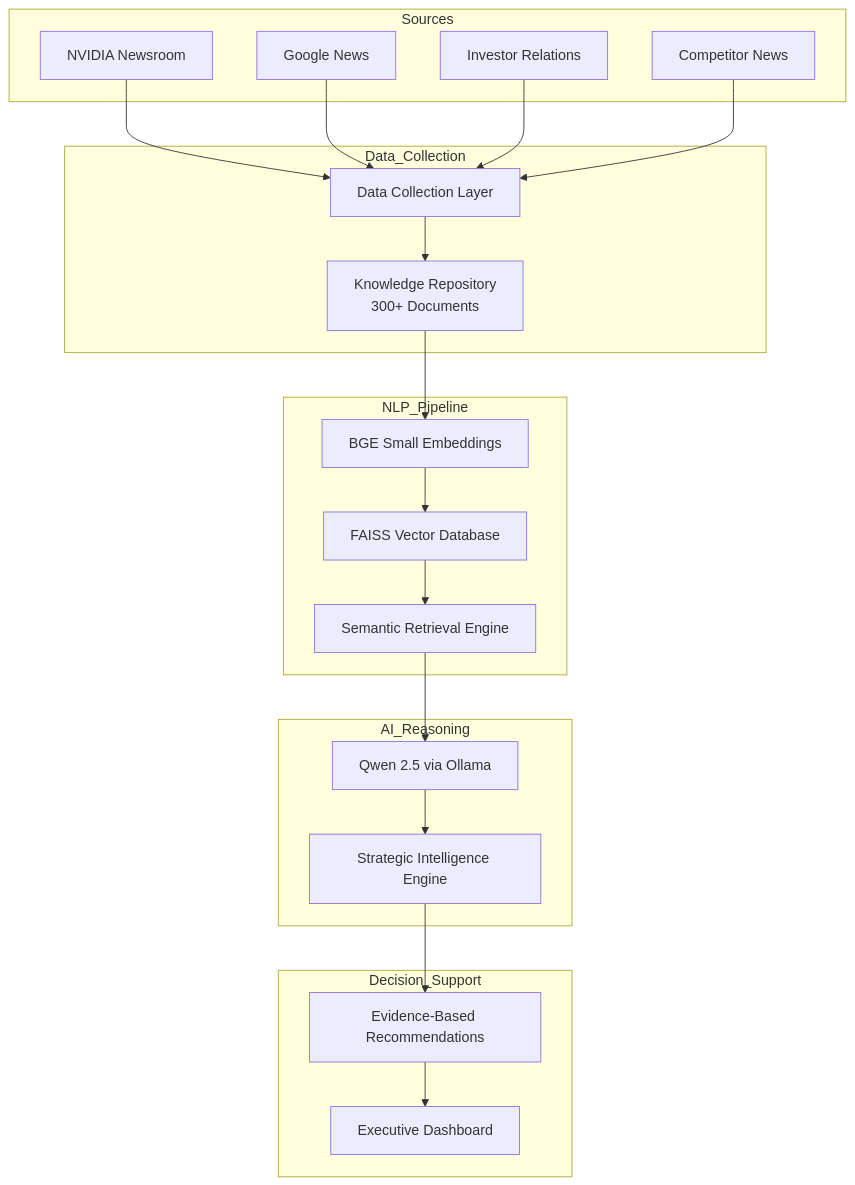
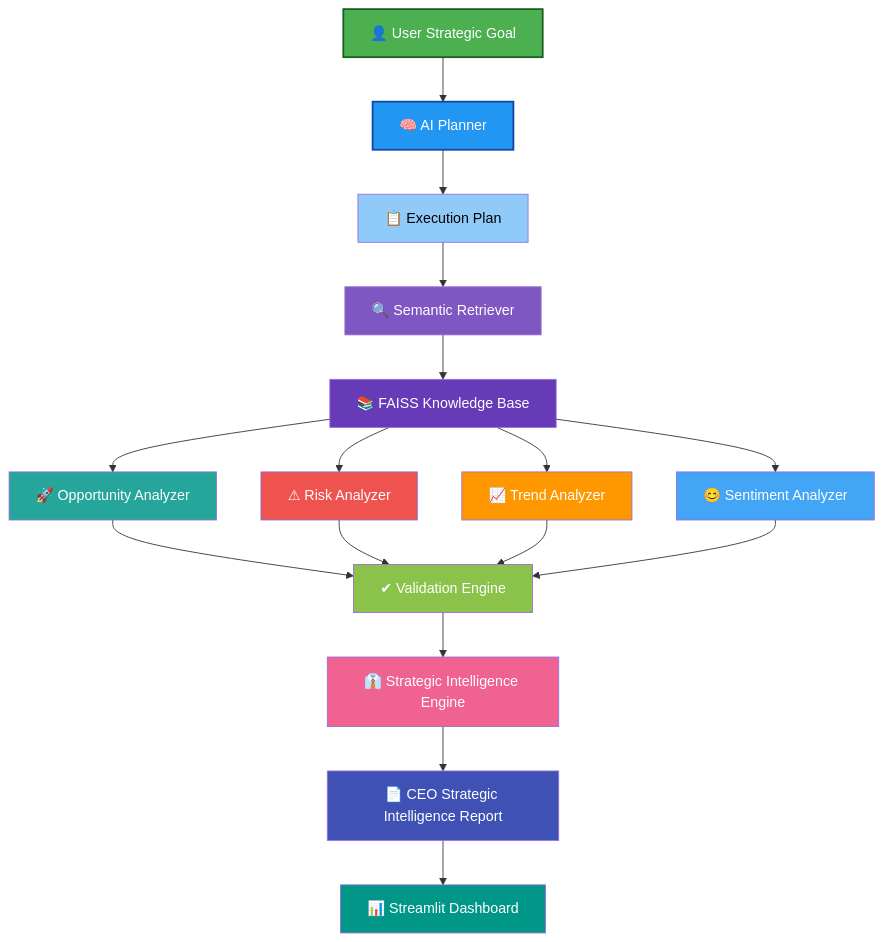
One commit to Hadassahcme13/ai-ceo-agent changed the first of 4 diagrams in README.md. Above: the diagram before and after it, drawn with Mermaid. The commit also changed other lines of this file, not shown here.

````diff
--- a/README.md
+++ b/README.md
@@ -52,45 +70,48 @@
 ```mermaid
-flowchart TB
+flowchart TD
 
-    subgraph Sources
-        A[NVIDIA Newsroom]
-        B[Google News]
-        C[Investor Relations]
-        D[Competitor News]
-    end
+    A["👤 User Strategic Goal"] --> B["🧠 AI Planner"]
 
-    subgraph Data_Collection
-        E[Data Collection Layer]
-        F[Knowledge Repository<br/>300+ Documents]
-    end
+    B --> C["📋 Execution Plan"]
 
-    subgraph NLP_Pipeline
-        G[BGE Small Embeddings]
-        H[FAISS Vector Database]
-        I[Semantic Retrieval Engine]
-    end
+    C --> D["🔍 Semantic Retriever"]
 
-    subgraph AI_Reasoning
-        J[Qwen 2.5 via Ollama]
-        K[Strategic Intelligence Engine]
-    end
+    D --> E["📚 FAISS Knowledge Base"]
 
-    subgraph Decision_Support
-        L[Evidence-Based Recommendations]
-        M[Executive Dashboard]
-    end
+    E --> F["🚀 Opportunity Analyzer"]
 
-    A --> E
-    B --> E
-    C --> E
-    D --> E
+    E --> G["⚠ Risk Analyzer"]
 
-    E --> F
-    F --> G
-    G --> H
-    H --> I
+    E --> H["📈 Trend Analyzer"]
+
+    E --> I["😊 Sentiment Analyzer"]
+
+    F --> J["✔ Validation Engine"]
+
+    G --> J
+
+    H --> J
+
     I --> J
-    J --> K
-    K --> L
-    L --> M
+
+    J --> K["👔 Strategic Intelligence Engine"]
+
+    K --> L["📄 CEO Strategic Intelligence Report"]
+
+    L --> M["📊 Streamlit Dashboard"]
+
+
+style A fill:#4CAF50,color:#fff,stroke:#1B5E20,stroke-width:2px
+style B fill:#2196F3,color:#fff,stroke:#0D47A1,stroke-width:2px
+style C fill:#90CAF9,color:#000
+style D fill:#7E57C2,color:#fff
+style E fill:#673AB7,color:#fff
+style F fill:#26A69A,color:#fff
+style G fill:#EF5350,color:#fff
+style H fill:#FF9800,color:#fff
+style I fill:#42A5F5,color:#fff
+style J fill:#8BC34A,color:#fff
+style K fill:#F06292,color:#fff
+style L fill:#3F51B5,color:#fff
+style M fill:#009688,color:#fff
 ```
````
